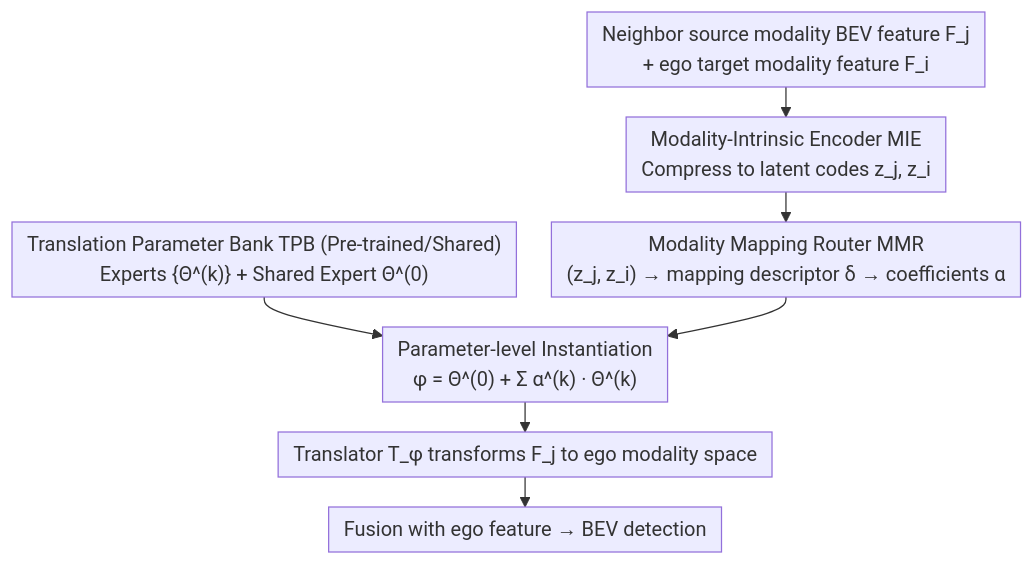
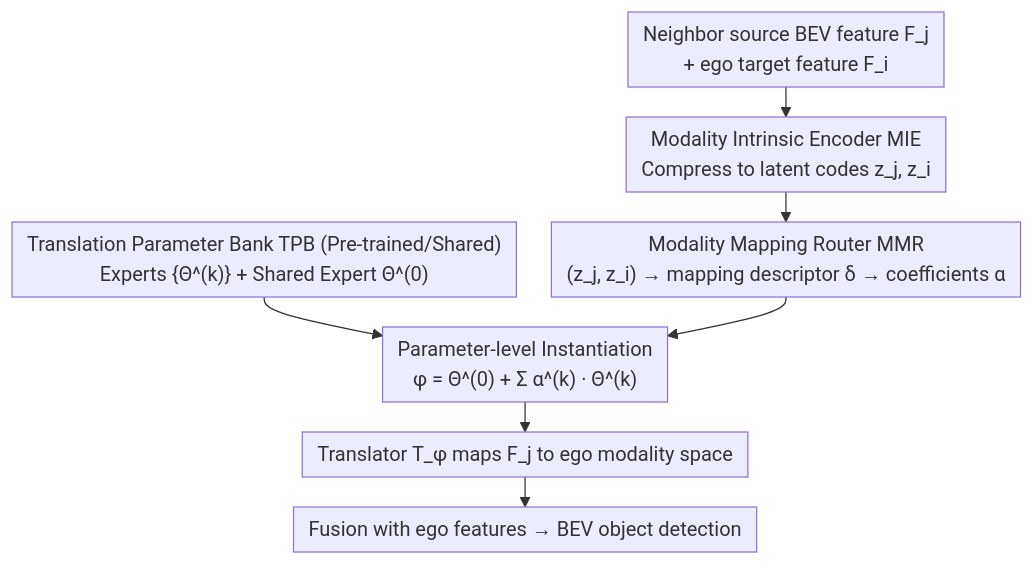
One commit to zhaoyang97/Paper-Notes-en changed the diagram in docs/ICML2026/ai_safety/one_model_to_translate_them_all_universal_any-to-any_translation_for_heterogeneo.md. Above: the diagram before and after it, drawn with Mermaid. The commit also changed other lines of this file and 5084 other files, not shown here.

````diff
--- a/docs/ICML2026/ai_safety/one_model_to_translate_them_all_universal_any-to-any_translation_for_heterogeneo.md
+++ b/docs/ICML2026/ai_safety/one_model_to_translate_them_all_universal_any-to-any_translation_for_heterogeneo.md
@@ -43,10 +43,10 @@
 ```mermaid
 %%{init: {'flowchart': {'rankSpacing': 24, 'nodeSpacing': 28, 'padding': 6, 'wrappingWidth': 400}}}%%
 flowchart TD
-    A["Neighbor source modality BEV feature F_j<br/>+ ego target modality feature F_i"] --> B["Modality-Intrinsic Encoder MIE<br/>Compress to latent codes z_j, z_i"]
+    A["Neighbor source BEV feature F_j<br/>+ ego target feature F_i"] --> B["Modality Intrinsic Encoder MIE<br/>Compress to latent codes z_j, z_i"]
     B --> C["Modality Mapping Router MMR<br/>(z_j, z_i) → mapping descriptor δ → coefficients α"]
     T["Translation Parameter Bank TPB (Pre-trained/Shared)<br/>Experts {Θ^(k)} + Shared Expert Θ^(0)"] --> D
     C --> D["Parameter-level Instantiation<br/>φ = Θ^(0) + Σ α^(k) · Θ^(k)"]
-    D --> E["Translator T_φ transforms F_j to ego modality space"]
-    E --> F["Fusion with ego feature → BEV detection"]
+    D --> E["Translator T_φ maps F_j to ego modality space"]
+    E --> F["Fusion with ego features → BEV object detection"]
 ```
````
